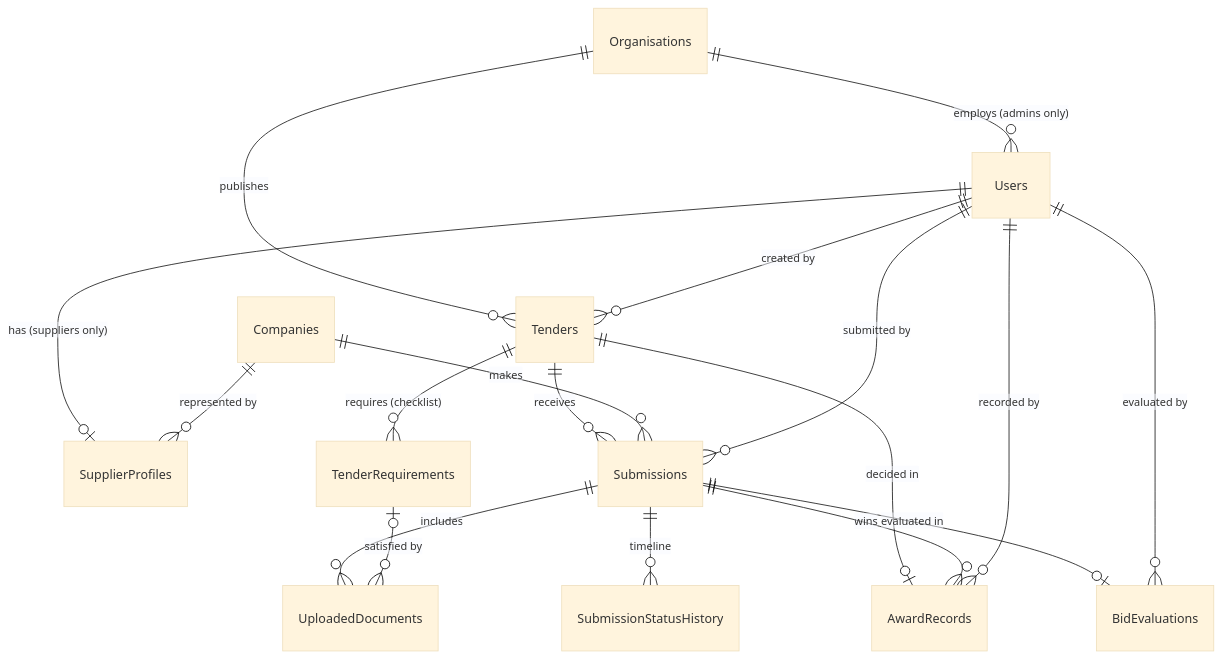
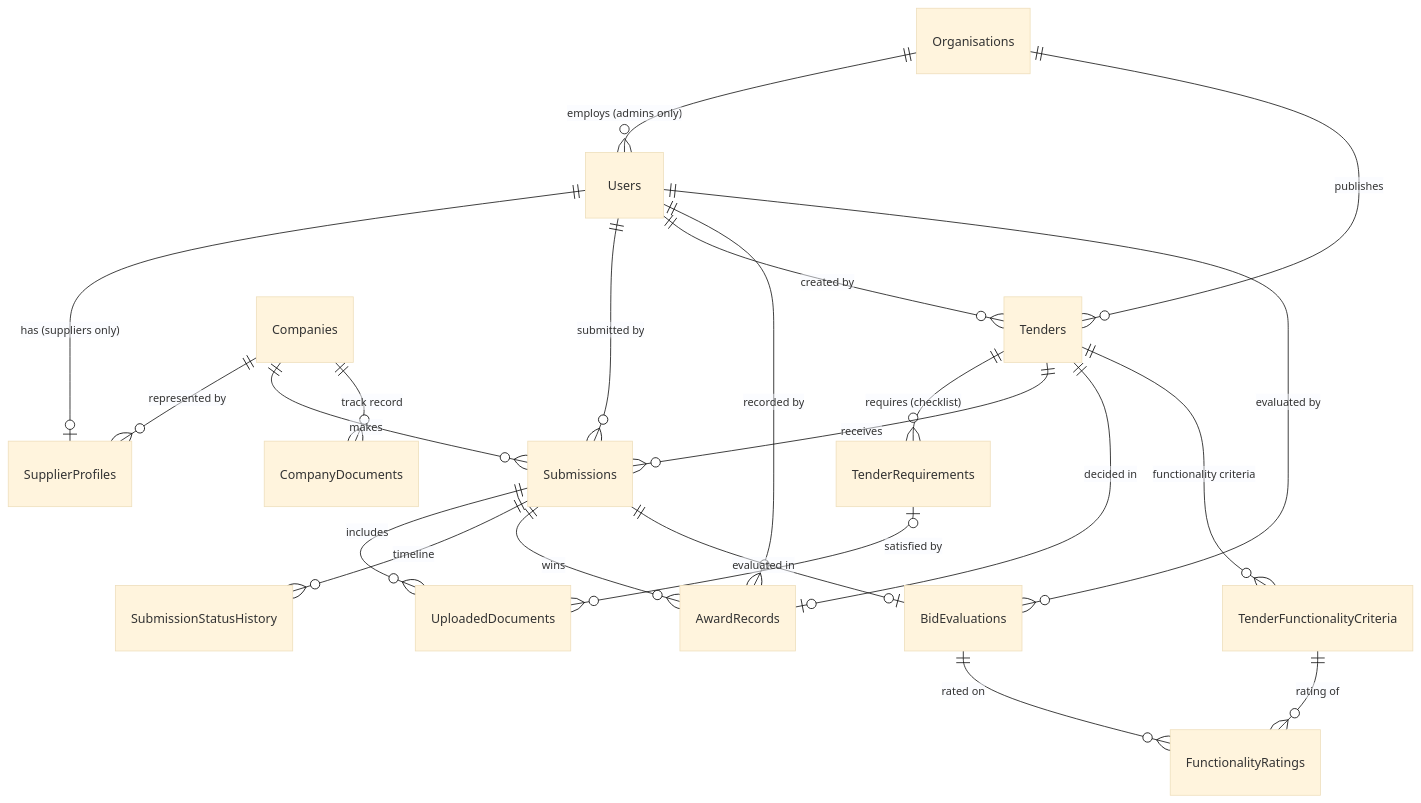
The diagram in docs/DATA_MODEL.md (AneleYolanda/EProcure), drawn with Mermaid (base theme) before and after one commit. The commit also changed other lines of this file and 46 other files, not shown here.

First line of the commit message:
feat: supplier track record (also at registration) and an optional functionality stage in evaluation

````diff
--- a/docs/DATA_MODEL.md
+++ b/docs/DATA_MODEL.md
@@ -17,20 +19,24 @@
 ```mermaid
 erDiagram
     Organisations ||--o{ Users : "employs (admins only)"
     Organisations ||--o{ Tenders : "publishes"
     Users ||--o| SupplierProfiles : "has (suppliers only)"
     Companies ||--o{ SupplierProfiles : "represented by"
     Tenders ||--o{ TenderRequirements : "requires (checklist)"
     Tenders ||--o{ Submissions : "receives"
     Companies ||--o{ Submissions : "makes"
     Users ||--o{ Submissions : "submitted by"
     Submissions ||--o{ UploadedDocuments : "includes"
     TenderRequirements |o--o{ UploadedDocuments : "satisfied by"
     Submissions ||--o{ SubmissionStatusHistory : "timeline"
     Tenders ||--o| AwardRecords : "decided in"
     Submissions ||--o{ AwardRecords : "wins"
     Users ||--o{ Tenders : "created by"
     Users ||--o{ AwardRecords : "recorded by"
     Submissions ||--o| BidEvaluations : "evaluated in"
     Users ||--o{ BidEvaluations : "evaluated by"
+    Companies ||--o{ CompanyDocuments : "track record"
+    Tenders ||--o{ TenderFunctionalityCriteria : "functionality criteria"
+    BidEvaluations ||--o{ FunctionalityRatings : "rated on"
+    TenderFunctionalityCriteria ||--o{ FunctionalityRatings : "rating of"
 ```
````
